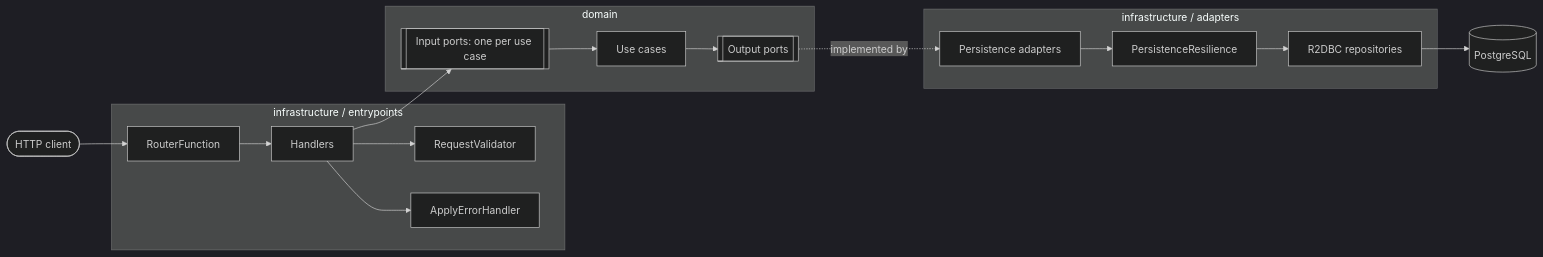
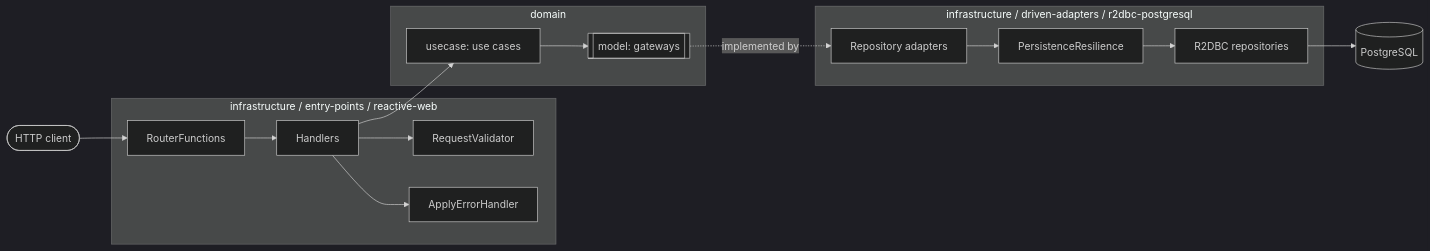
The first of 2 diagrams in README.md (brahianAlexisCardonaG/franchise-nequi), drawn with Mermaid (dark theme) before and after one commit. The commit also changed other lines of this file and 238 other files, not shown here.

First line of the commit message:
refactor: move the project to the Bancolombia clean architecture scaffold

````diff
--- a/README.md
+++ b/README.md
@@ -58,24 +62,23 @@
 ```mermaid
 flowchart LR
     client([HTTP client]) --> router
 
-    subgraph entrypoints [infrastructure / entrypoints]
-        router[RouterFunction] --> handler[Handlers]
+    subgraph web [infrastructure / entry-points / reactive-web]
+        router[RouterFunctions] --> handler[Handlers]
         handler --> validator[RequestValidator]
         handler --> errors[ApplyErrorHandler]
     end
 
     subgraph domain [domain]
-        api[[Input ports: one per use case]] --> usecase[Use cases]
-        usecase --> spi[[Output ports]]
+        usecase[usecase: use cases] --> gateways[[model: gateways]]
     end
 
-    subgraph adapters [infrastructure / adapters]
-        adapter[Persistence adapters] --> resilience[PersistenceResilience]
+    subgraph r2dbc [infrastructure / driven-adapters / r2dbc-postgresql]
+        adapter[Repository adapters] --> resilience[PersistenceResilience]
         resilience --> repository[R2DBC repositories]
     end
 
-    handler --> api
-    spi -.implemented by.-> adapter
+    handler --> usecase
+    gateways -.implemented by.-> adapter
     repository --> db[(PostgreSQL)]
 ```
````
